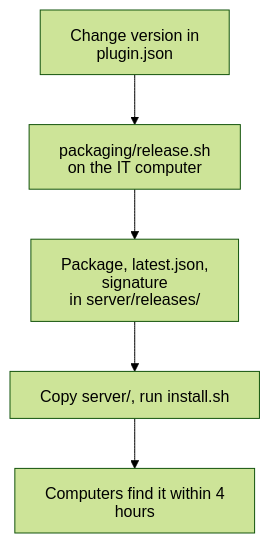
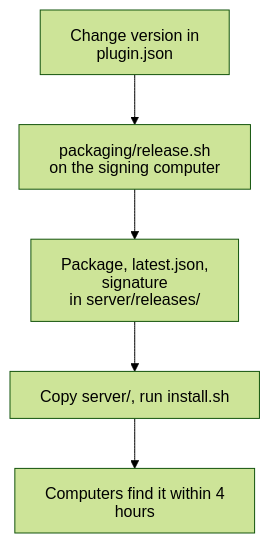
One commit to anhle9x/ai-worker changed the eighth of 8 diagrams in docs/ARCHITECTURE.md. Above: the diagram before and after it, drawn with Mermaid (forest theme). The commit also changed other lines of this file and 43 other files, not shown here.

````diff
--- a/docs/ARCHITECTURE.md
+++ b/docs/ARCHITECTURE.md
@@ -262,8 +262,8 @@
 ```mermaid
 %%{init: {"htmlLabels": false, "flowchart": {"htmlLabels": false}}}%%
 flowchart TD
-  Version["Change version in plugin.json"] --> Release["packaging/release.sh<br/>on the IT computer"]
+  Version["Change version in plugin.json"] --> Release["packaging/release.sh<br/>on the signing computer"]
   Release --> Signed["Package, latest.json, signature<br/>in server/releases/"]
   Signed --> Install["Copy server/, run install.sh"]
   Install --> Fetch["Computers find it within 4 hours"]
 ```
````
